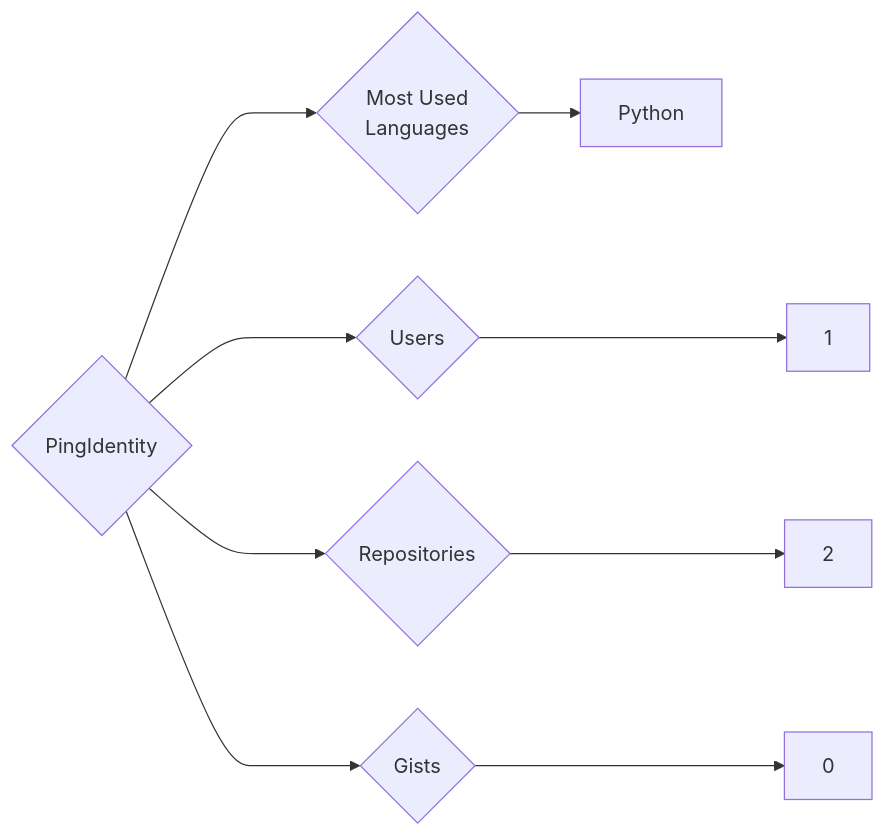
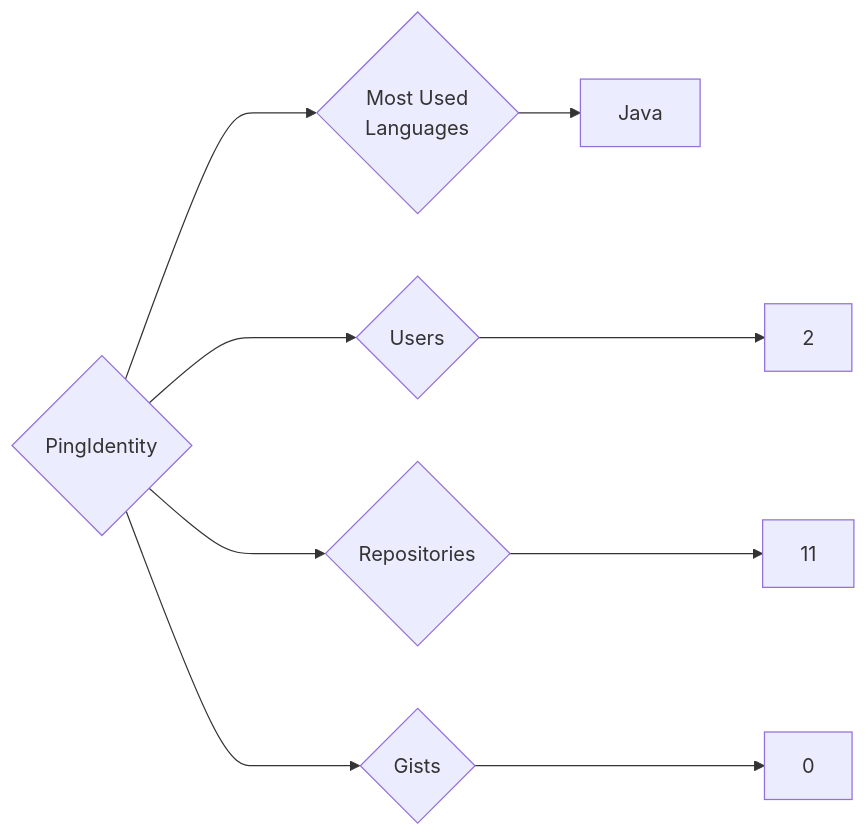
One commit to trickest/insiders changed the diagram in targets/PingIdentity/README.md. Above: the diagram before and after it, drawn with Mermaid. The commit also changed 797 other files, not shown here.

````diff
--- a/targets/PingIdentity/README.md
+++ b/targets/PingIdentity/README.md
@@ -3,9 +3,9 @@
 ```mermaid
 graph LR
 COMPANY_NAME{PingIdentity}
-COMPANY_NAME ---> U{Users} ---> UN[1]
-COMPANY_NAME ---> R{Repositories} ---> RN[2]
+COMPANY_NAME ---> U{Users} ---> UN[2]
+COMPANY_NAME ---> R{Repositories} ---> RN[11]
 COMPANY_NAME ---> G{Gists} ---> GN[0]
 COMPANY_NAME ---> ML{Most Used<br>Languages}
-ML --> Python[Python]
+ML --> Java[Java]
 ```
````
